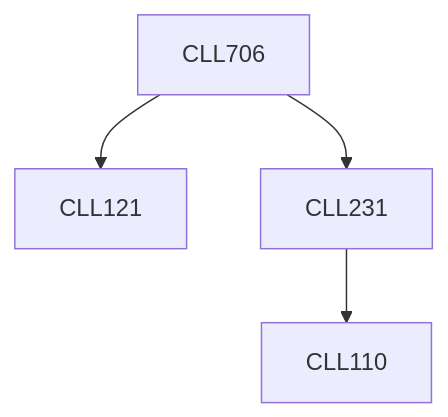
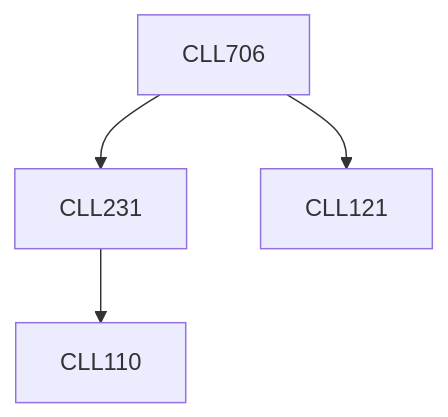
One commit to KeshavBansal0122/CoS_Website changed the diagram in content/Chemical Engineering/CLL706.md. Above: the diagram before and after it, drawn with Mermaid. The commit also changed other lines of this file and 392 other files, not shown here.

````diff
--- a/content/Chemical Engineering/CLL706.md
+++ b/content/Chemical Engineering/CLL706.md
@@ -13,10 +13,10 @@
 ```mermaid
 flowchart TD
 CLL706-127[CLL706]
+CLL706-127 --> CLL231-127[CLL231]
 CLL706-127 --> CLL121-127[CLL121]
 CLL231-127 --> CLL110-127[CLL110]
-CLL706-127 --> CLL231-127[CLL231]
 
 classDef empty height:17px, fill:transparent, stroke:transparent;
 classDef trueEmpty height:0px, width:0px;
 ```
````
